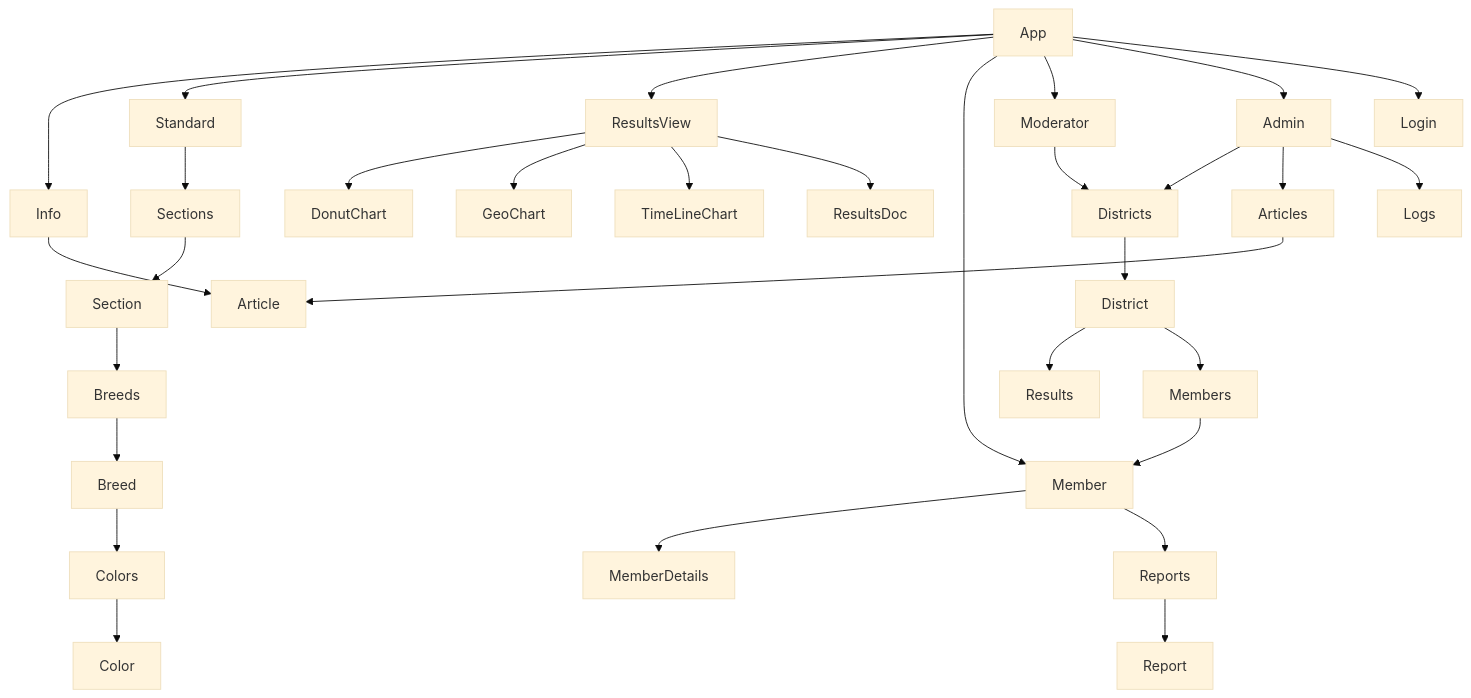
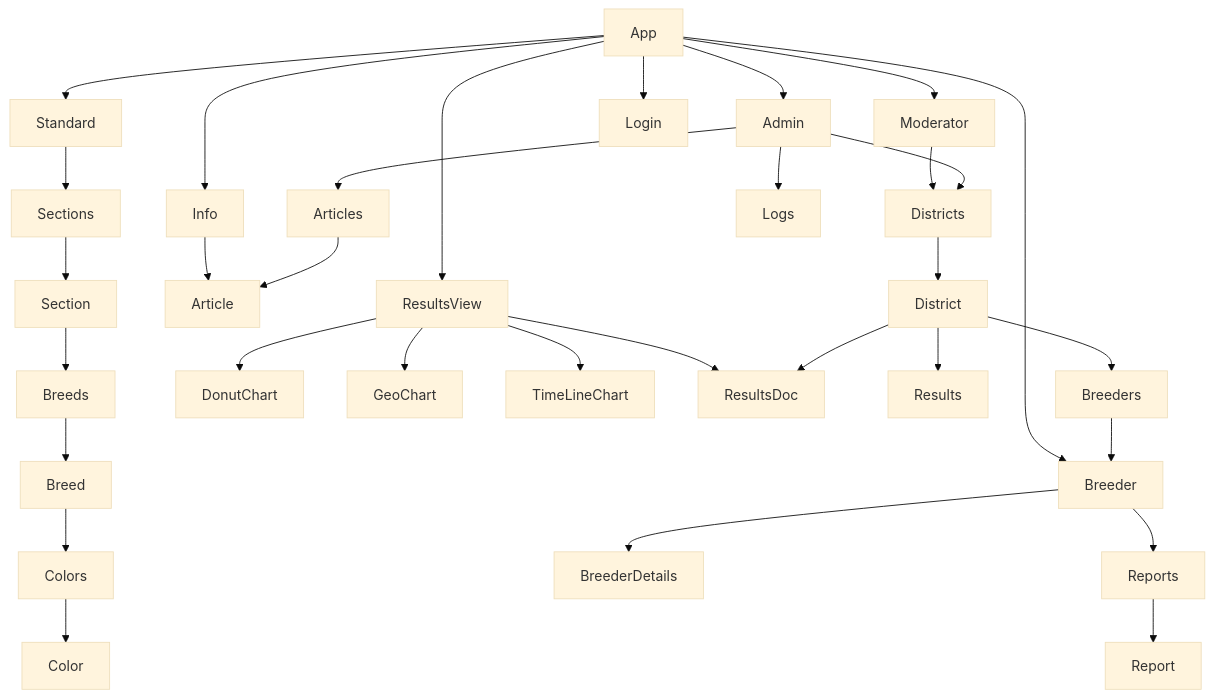
The diagram in doc/Design.md (RGZuchtbuch/ZBOnline), drawn with Mermaid (base theme) before and after one commit. The commit also changed 43 other files, not shown here.

Commit message:
Restructuring, adding breeder account and reports

````diff
--- a/doc/Design.md
+++ b/doc/Design.md
@@ -3,42 +3,43 @@
 ```mermaid
 graph TD
     App --> Info
     App --> Standard
     App --> ResultsView
-    App --> Member
+    App --> Breeder
     App --> Moderator
     App --> Admin
     
     App --> Login
 
     Info --> Article
     
     Standard --> Sections
     Sections --> Section
     Section --> Breeds
     Breeds --> Breed
     Breed --> Colors
     Colors --> Color
     
     ResultsView --> DonutChart
     ResultsView --> GeoChart
     ResultsView --> TimeLineChart
     ResultsView --> ResultsDoc
     
-    Member --> MemberDetails
-    Member --> Reports
+    Breeder --> BreederDetails
+    Breeder --> Reports
     Reports --> Report
     
     Moderator --> Districts
     Districts --> District
     District --> Results
-    District --> Members
+    District --> Breeders
+    District --> ResultsDoc
     
-    Members --> Member
+    Breeders --> Breeder
     
     Admin --> Districts
     Admin --> Articles
     Admin --> Logs
 
     Articles --> Article
 ```
````
